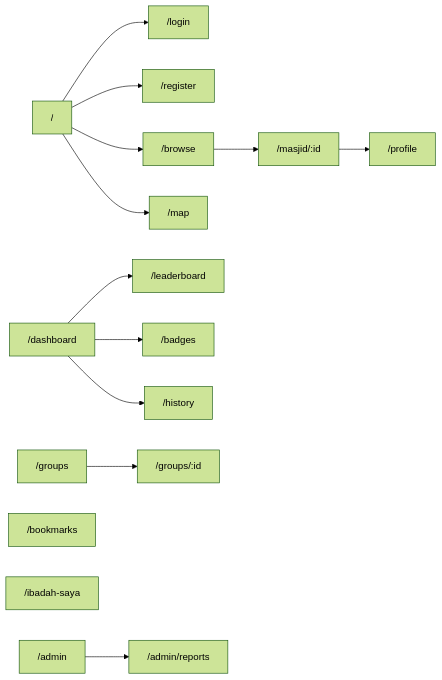
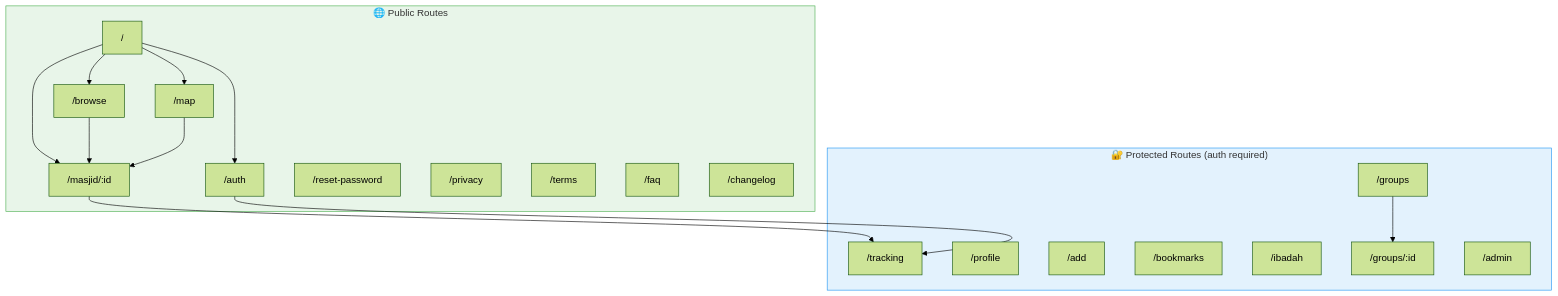
The fifth of 18 diagrams in README.md (snsyaqirah/SinggahLuhh), drawn with Mermaid (forest theme) before and after one commit. The commit also changed other lines of this file, not shown here.

Commit message:
feat: update README to remove prompt comments and enhance system architecture and page map diagrams

````diff
--- a/README.md
+++ b/README.md
@@ -264,16 +244,39 @@
 ```mermaid
-graph LR
-    A["/"] --> B["/login"]
-    A --> C["/register"]
-    A --> D["/browse"]
-    A --> E["/map"]
-    D --> F["/masjid/:id"]
-    F --> G["/profile"]
-    H["/dashboard"] --> I["/leaderboard"]
-    H --> J["/badges"]
-    H --> K["/history"]
-    L["/groups"] --> M["/groups/:id"]
-    N["/bookmarks"]
-    O["/ibadah-saya"]
-    P["/admin"] --> Q["/admin/reports"]
+graph TD
+    subgraph Public ["🌐 Public Routes"]
+        ROOT["/"]
+        BROWSE["/browse"]
+        MAP["/map"]
+        DETAIL["/masjid/:id"]
+        AUTH["/auth"]
+        RESET["/reset-password"]
+        PRIV["/privacy"]
+        TERMS["/terms"]
+        FAQ["/faq"]
+        CL["/changelog"]
+    end
+
+    subgraph Protected ["🔐 Protected Routes (auth required)"]
+        TRACKING["/tracking"]
+        PROFILE["/profile"]
+        ADD["/add"]
+        BOOKMARKS["/bookmarks"]
+        IBADAH["/ibadah"]
+        GROUPS["/groups"]
+        GROUP_D["/groups/:id"]
+        ADMIN["/admin"]
+    end
+
+    ROOT --> BROWSE
+    ROOT --> MAP
+    ROOT --> DETAIL
+    ROOT --> AUTH
+    BROWSE --> DETAIL
+    MAP --> DETAIL
+    DETAIL --> TRACKING
+    AUTH --> TRACKING
+    GROUPS --> GROUP_D
+
+    style Public fill:#e8f5e9,stroke:#4caf50
+    style Protected fill:#e3f2fd,stroke:#2196f3
 ```
````
